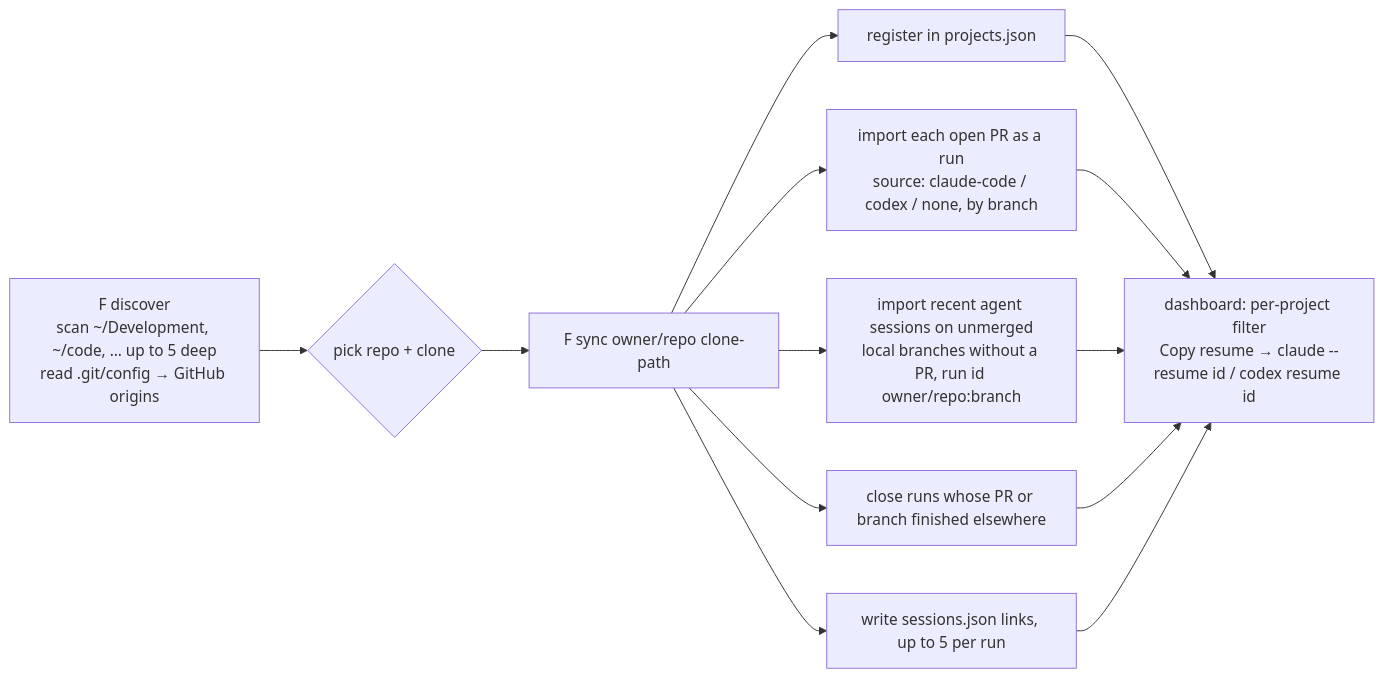
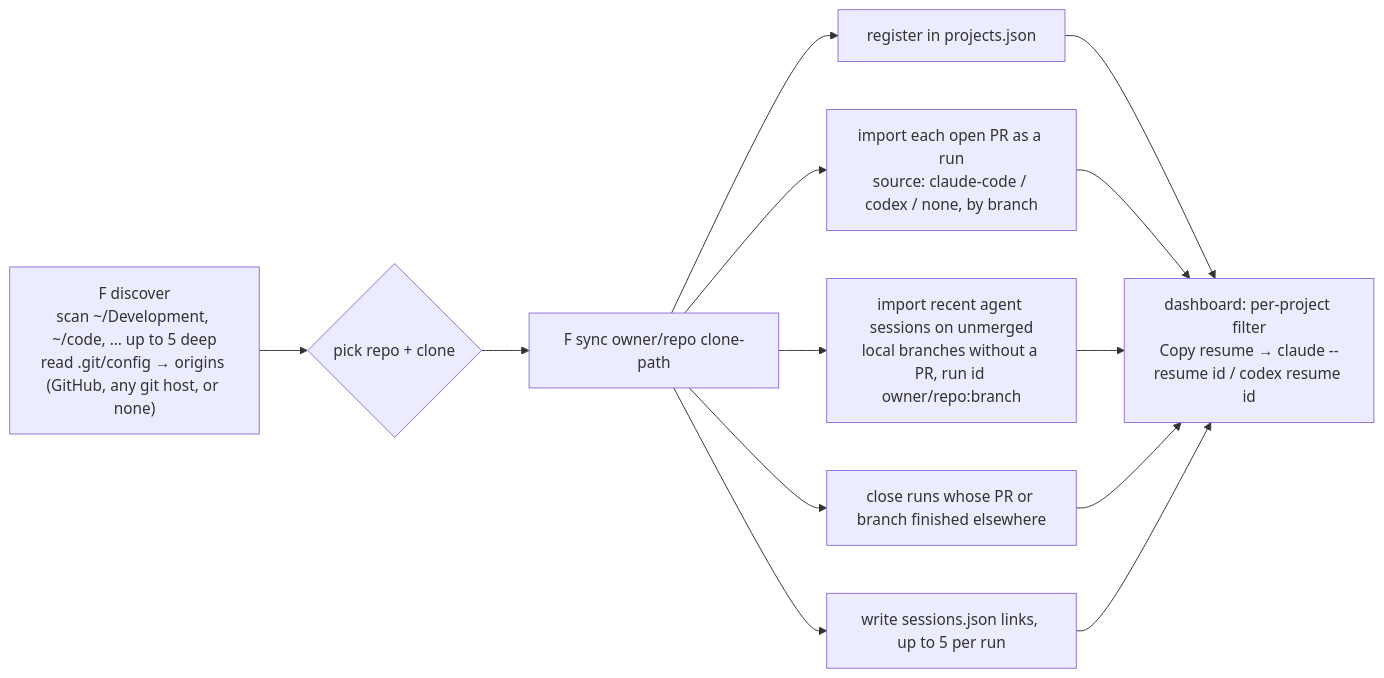
Before and after one commit to georgesimos/software-factory: the second of 2 diagrams in docs/architecture.md, drawn with Mermaid. The commit also changed 15 other files, not shown here.

Commit message:
Projects not on GitHub (local-first PR 2a): ids from any git origin, attach refuses an id clash, no gh call for a git project, nothing of one on the published page

````diff
--- a/docs/architecture.md
+++ b/docs/architecture.md
@@ -416,11 +416,11 @@
 ```mermaid
 flowchart LR
-  D["F discover<br/>scan ~/Development, ~/code, … up to 5 deep<br/>read .git/config → GitHub origins"] --> P{"pick repo + clone"}
+  D["F discover<br/>scan ~/Development, ~/code, … up to 5 deep<br/>read .git/config → origins (GitHub, any git host, or none)"] --> P{"pick repo + clone"}
   P --> S["F sync owner/repo clone-path"]
   S --> S1["register in projects.json"]
   S --> S2["import each open PR as a run<br/>source: claude-code / codex / none, by branch"]
   S --> S3["import recent agent sessions on unmerged<br/>local branches without a PR, run id owner/repo:branch"]
   S --> S4["close runs whose PR or branch finished elsewhere"]
   S --> S5["write sessions.json links, up to 5 per run"]
   S1 & S2 & S3 & S4 & S5 --> DB["dashboard: per-project filter<br/>Copy resume → claude --resume id / codex resume id"]
 ```
````
